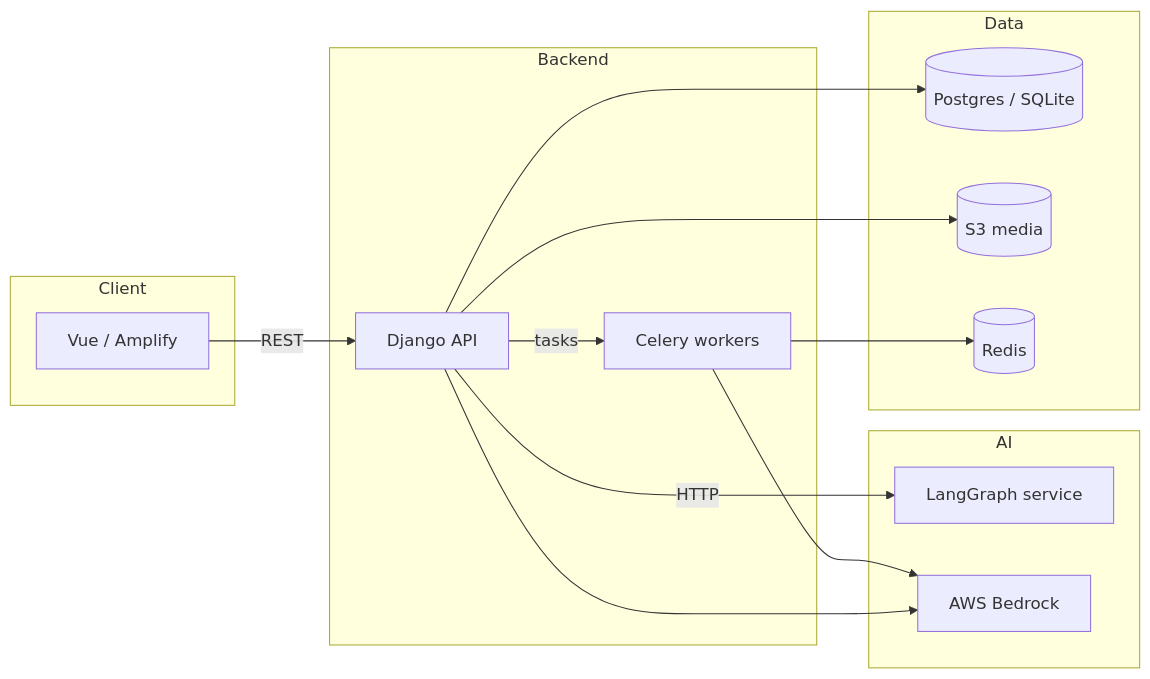
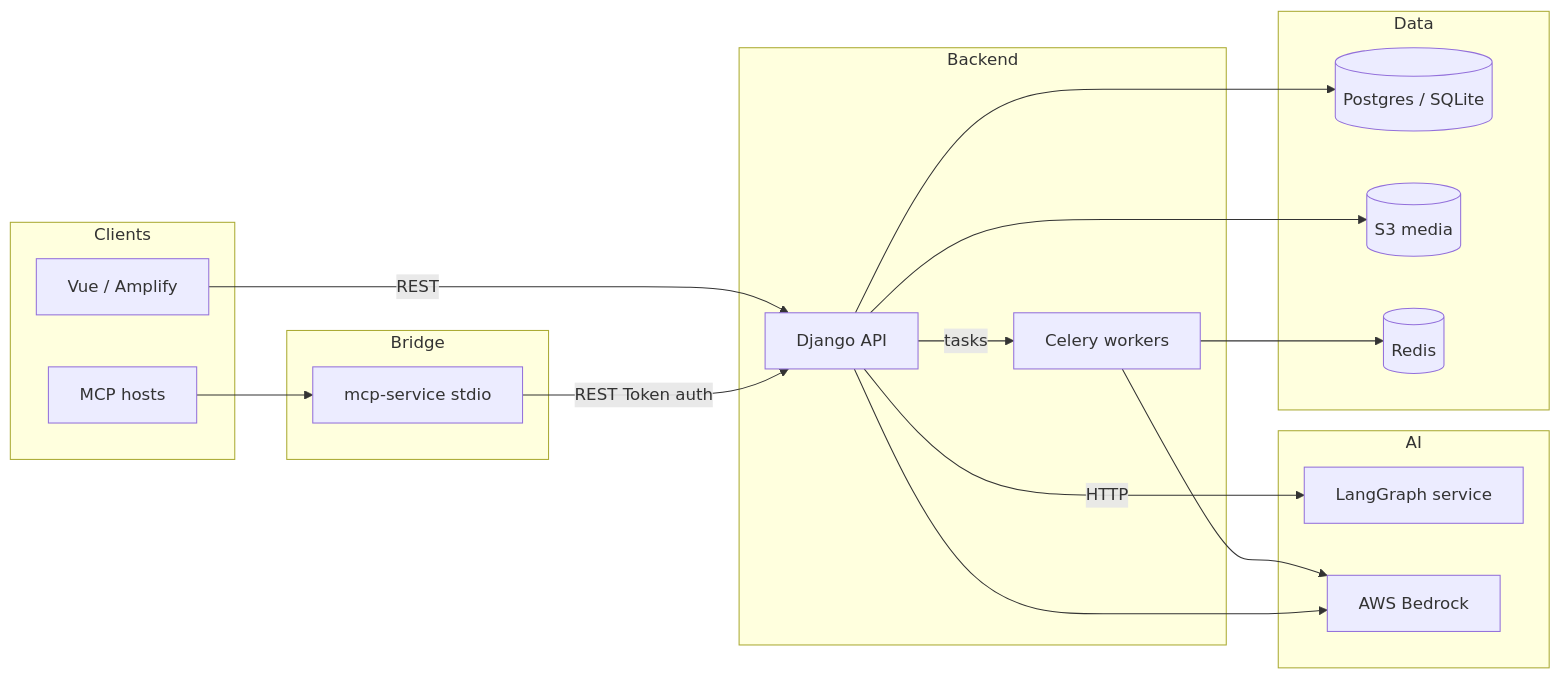
One commit to iyanuashiri/bigboy-project changed the diagram in README.md. Above: the diagram before and after it, drawn with Mermaid. The commit also changed other lines of this file, not shown here.

````diff
--- a/README.md
+++ b/README.md
@@ -26,27 +27,33 @@
 ```mermaid
 flowchart LR
-  subgraph client [Client]
+  subgraph client [Clients]
     SPA[Vue / Amplify]
+    MCP[MCP hosts]
   end
   subgraph api [Backend]
     DJ[Django API]
     CEL[Celery workers]
   end
   subgraph ai [AI]
     LG[LangGraph service]
     BR[AWS Bedrock]
   end
+  subgraph bridge [Bridge]
+    MCPsrv[mcp-service stdio]
+  end
   subgraph data [Data]
     DB[(Postgres / SQLite)]
     S3[(S3 media)]
     RD[(Redis)]
   end
   SPA -->|REST| DJ
+  MCP --> MCPsrv
+  MCPsrv -->|REST Token auth| DJ
   DJ -->|tasks| CEL
   CEL --> RD
   CEL --> BR
   DJ --> BR
   DJ -->|HTTP| LG
   DJ --> DB
   DJ --> S3
 ```
````
